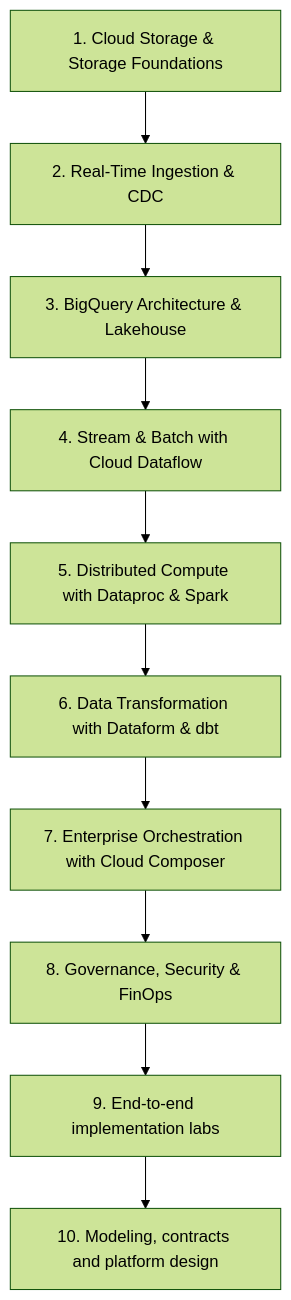
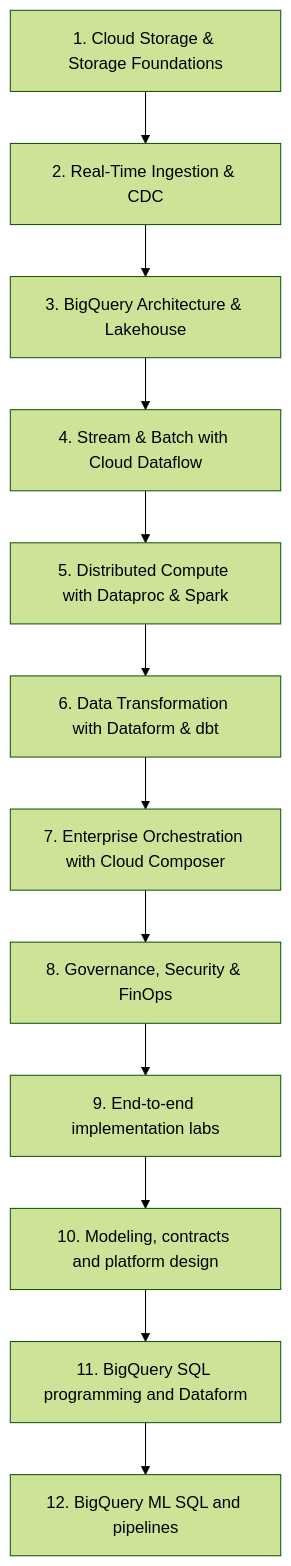
One commit to Rohit1024/data-engineer changed the diagram in docs/index.md. Above: the diagram before and after it, drawn with Mermaid (forest theme). The commit also changed other lines of this file and 38 other files, not shown here.

First line of the commit message:
docs: add BigQuery SQL, Dataform, and ML curriculum

````diff
--- a/docs/index.md
+++ b/docs/index.md
@@ -27,12 +27,14 @@
 ``` mermaid
 flowchart TD
     M1["1. Cloud Storage & Storage Foundations"] --> M2["2. Real-Time Ingestion & CDC"]
     M2 --> M3["3. BigQuery Architecture & Lakehouse"]
     M3 --> M4["4. Stream & Batch with Cloud Dataflow"]
     M4 --> M5["5. Distributed Compute with Dataproc & Spark"]
     M5 --> M6["6. Data Transformation with Dataform & dbt"]
     M6 --> M7["7. Enterprise Orchestration with Cloud Composer"]
     M7 --> M8["8. Governance, Security & FinOps"]
     M8 --> M9["9. End-to-end implementation labs"]
     M9 --> M10["10. Modeling, contracts and platform design"]
+    M10 --> M11["11. BigQuery SQL programming and Dataform"]
+    M11 --> M12["12. BigQuery ML SQL and pipelines"]
 ```
````
